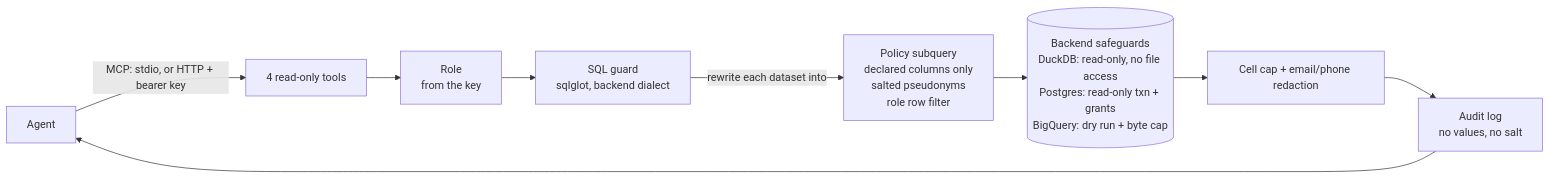
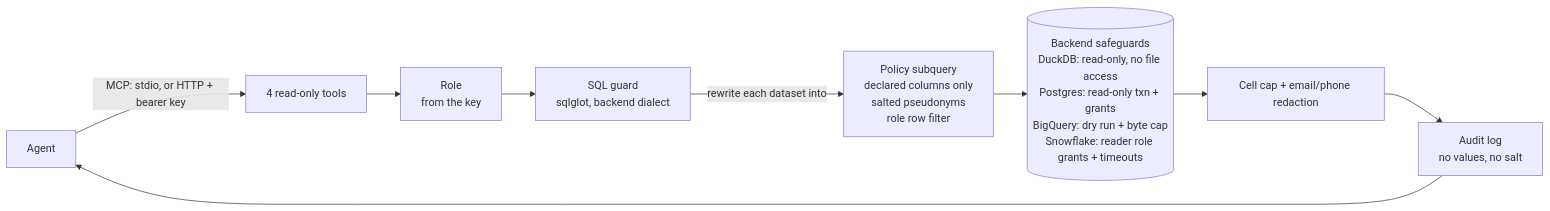
The diagram in README.md (tantn89/warehouse-mcp), drawn with Mermaid before and after one commit. The commit also changed other lines of this file and 10 other files, not shown here.

Commit message:
docs: document the Snowflake backend and release 0.2.0

````diff
--- a/README.md
+++ b/README.md
@@ -75,11 +75,11 @@
 ```mermaid
 flowchart LR
     A[Agent] -->|MCP: stdio, or HTTP + bearer key| T[4 read-only tools]
     T --> R[Role<br/>from the key]
     R --> G[SQL guard<br/>sqlglot, backend dialect]
     G -->|rewrite each dataset into| P[Policy subquery<br/>declared columns only<br/>salted pseudonyms<br/>role row filter]
-    P --> B[(Backend safeguards<br/>DuckDB: read-only, no file access<br/>Postgres: read-only txn + grants<br/>BigQuery: dry run + byte cap)]
+    P --> B[(Backend safeguards<br/>DuckDB: read-only, no file access<br/>Postgres: read-only txn + grants<br/>BigQuery: dry run + byte cap<br/>Snowflake: reader role grants + timeouts)]
     B --> X[Cell cap + email/phone redaction]
     X --> L[Audit log<br/>no values, no salt]
     L --> A
 ```
````
